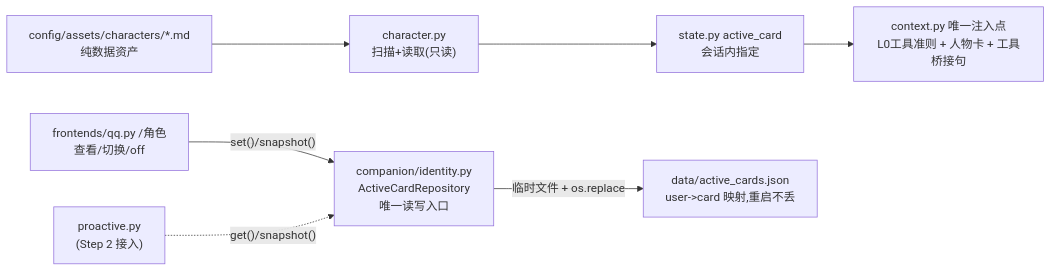
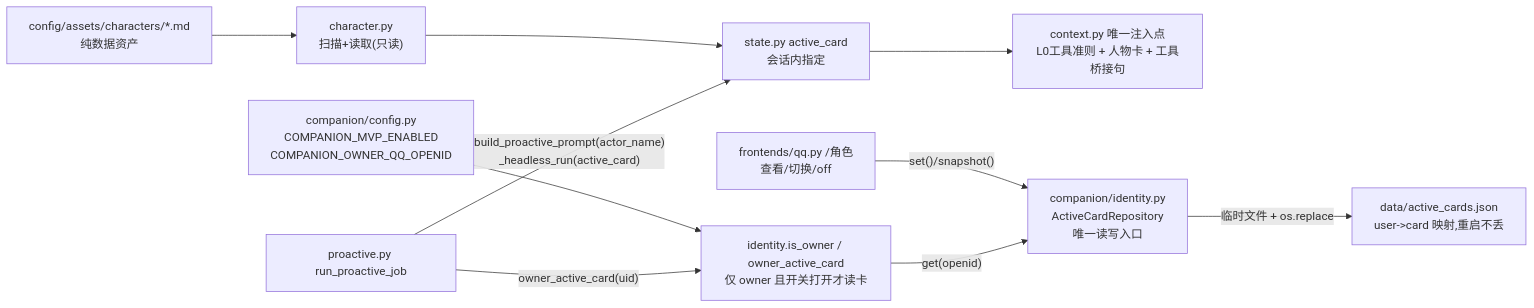
One commit to weweaq/monoRepo changed the sixth of 21 diagrams in apps/withlanggraph/docs/langTrack-tech.md. Above: the diagram before and after it, drawn with Mermaid. The commit also changed other lines of this file and 4 other files, not shown here.

````diff
--- a/apps/withlanggraph/docs/langTrack-tech.md
+++ b/apps/withlanggraph/docs/langTrack-tech.md
@@ -723,9 +723,12 @@
 ```mermaid
 flowchart LR
     A["config/assets/characters/*.md<br/>纯数据资产"] --> B["character.py<br/>扫描+读取(只读)"]
     B --> C["state.py active_card<br/>会话内指定"]
     C --> D["context.py 唯一注入点<br/>L0工具准则 + 人物卡 + 工具桥接句"]
     E["frontends/qq.py /角色<br/>查看/切换/off"] -->|"set()/snapshot()"| R["companion/identity.py<br/>ActiveCardRepository<br/>唯一读写入口"]
     R -->|"临时文件 + os.replace"| F["data/active_cards.json<br/>user->card 映射,重启不丢"]
-    P["proactive.py<br/>(Step 2 接入)"] -.->|"get()/snapshot()"| R
+    G["companion/config.py<br/>COMPANION_MVP_ENABLED<br/>COMPANION_OWNER_QQ_OPENID"] --> H["identity.is_owner / owner_active_card<br/>仅 owner 且开关打开才读卡"]
+    H -->|"get(openid)"| R
+    P["proactive.py run_proactive_job"] -->|"owner_active_card(uid)"| H
+    P -->|"build_proactive_prompt(actor_name)<br/>_headless_run(active_card)"| C
 ```
````
